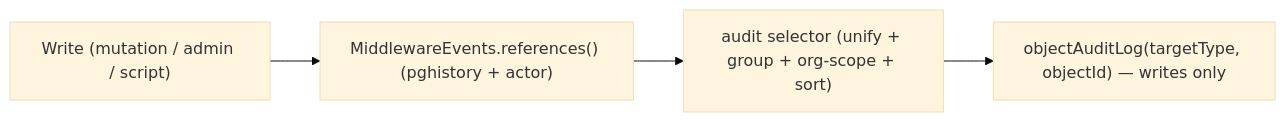
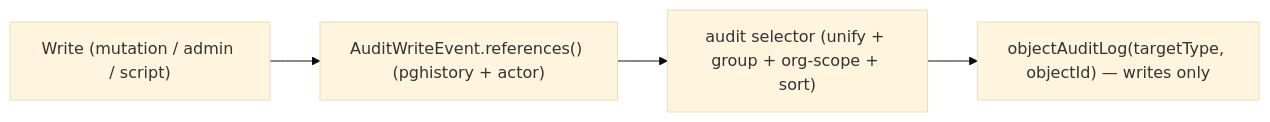
The first of 3 diagrams in docs/adr/0004-shelter-audit-log.md (BetterAngelsLA/monorepo), drawn with Mermaid (base theme) before and after one commit. The commit also changed other lines of this file and 37 other files, not shown here.

First line of the commit message:
feat(shelter-ops): view write events log (SDB-281) (#2555)

````diff
--- a/docs/adr/0004-shelter-audit-log.md
+++ b/docs/adr/0004-shelter-audit-log.md
@@ -721,6 +780,6 @@
 ```mermaid
 flowchart LR
-  write["Write (mutation / admin / script)"] --> pg["MiddlewareEvents.references() (pghistory + actor)"]
+  write["Write (mutation / admin / script)"] --> pg["AuditWriteEvent.references() (pghistory + actor)"]
   pg --> selector["audit selector (unify + group + org-scope + sort)"]
   selector --> q1["objectAuditLog(targetType, objectId) — writes only"]
 ```
````
